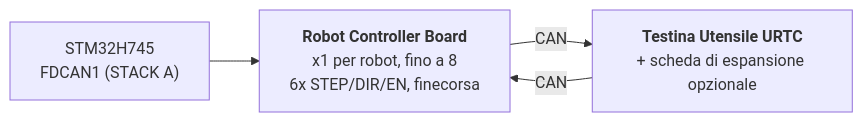
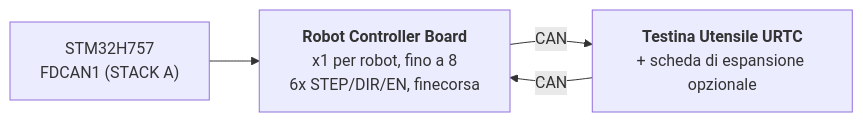
One commit to JuanenRac/HYDRA-UMC changed the second of 2 diagrams in docs/HARDWARE_SPECIFICATION_ita.md. Above: the diagram before and after it, drawn with Mermaid. The commit also changed other lines of this file and 41 other files, not shown here.

````diff
--- a/docs/HARDWARE_SPECIFICATION_ita.md
+++ b/docs/HARDWARE_SPECIFICATION_ita.md
@@ -145,6 +145,6 @@
 ```mermaid
 flowchart LR
-    MCU["STM32H745<br/>FDCAN1 (STACK A)"] --> RCB["<b>Robot Controller Board</b><br/>x1 per robot, fino a 8<br/>6x STEP/DIR/EN, finecorsa"]
+    MCU["STM32H757<br/>FDCAN1 (STACK A)"] --> RCB["<b>Robot Controller Board</b><br/>x1 per robot, fino a 8<br/>6x STEP/DIR/EN, finecorsa"]
     RCB -- CAN --> URTC["<b>Testina Utensile URTC</b><br/>+ scheda di espansione opzionale"]
     URTC -- CAN --> RCB
 ```
````
